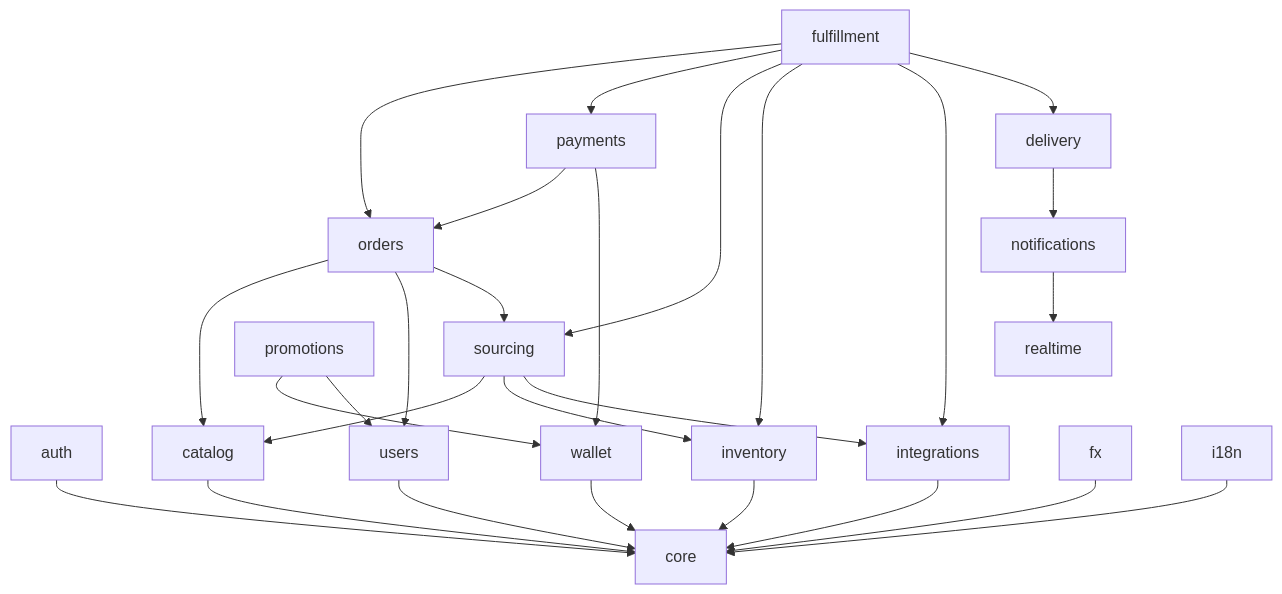
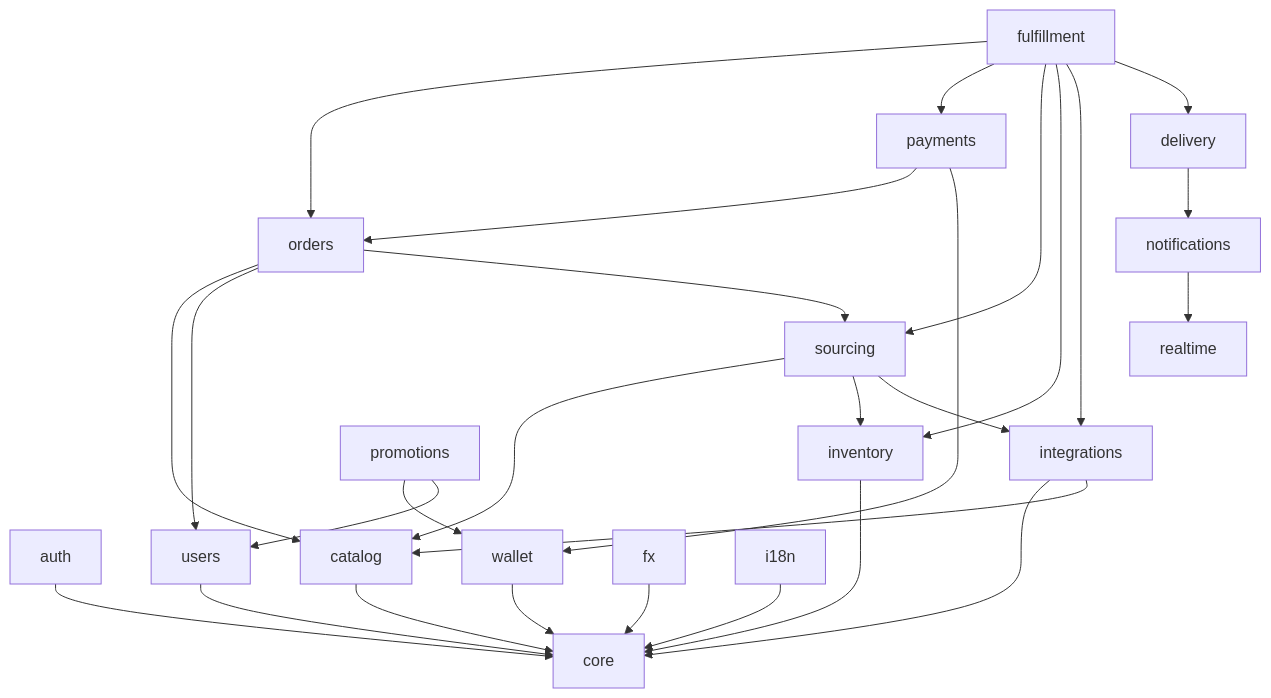
One commit to jamaomonov/yupay changed the diagram in docs/architecture/module-map.md. Above: the diagram before and after it, drawn with Mermaid. The commit also changed other lines of this file and 3 other files, not shown here.

Commit message:
docs(integrations): ADR + sequence diagram + module-map for g2b import

````diff
--- a/docs/architecture/module-map.md
+++ b/docs/architecture/module-map.md
@@ -29,29 +29,30 @@
 ```mermaid
 flowchart TB
     auth --> core
     users --> core
     catalog --> core
     inventory --> core
     integrations --> core
+    integrations --> catalog
     sourcing --> catalog
     sourcing --> inventory
     sourcing --> integrations
     orders --> catalog
     orders --> users
     orders --> sourcing
     payments --> orders
     payments --> wallet
     wallet --> core
     promotions --> wallet
     promotions --> users
     fulfillment --> orders
     fulfillment --> payments
     fulfillment --> sourcing
     fulfillment --> inventory
     fulfillment --> integrations
     fulfillment --> delivery
     delivery --> notifications
     notifications --> realtime
     fx --> core
     i18n --> core
 ```
````
